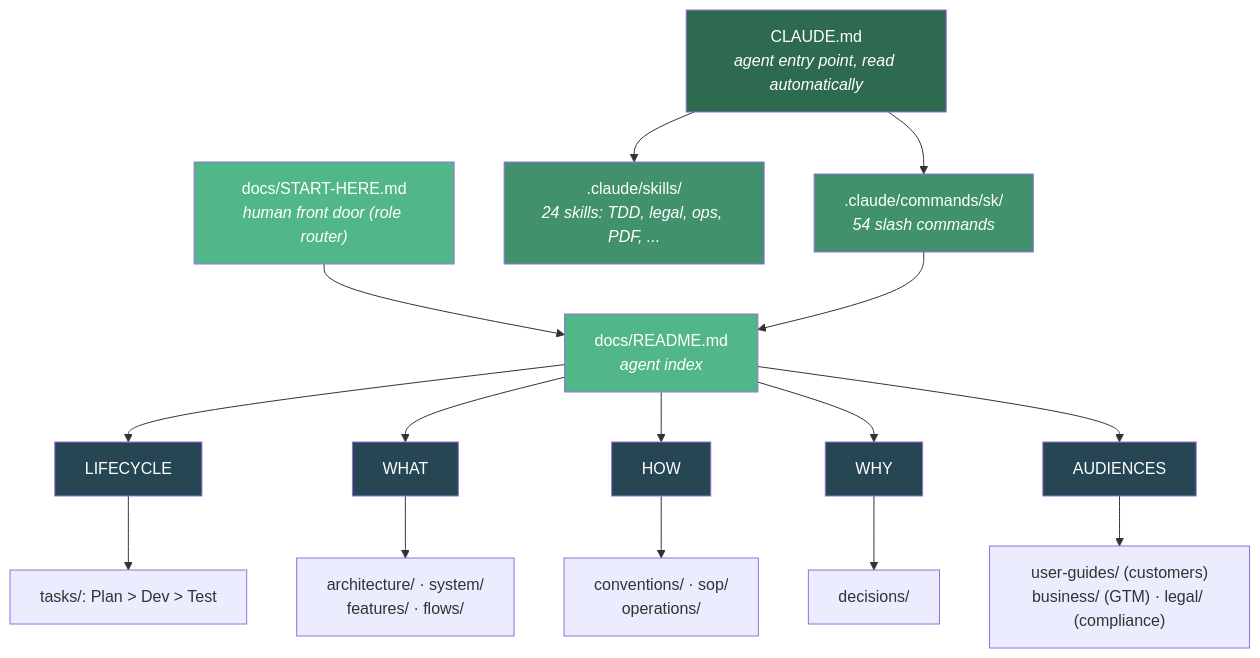
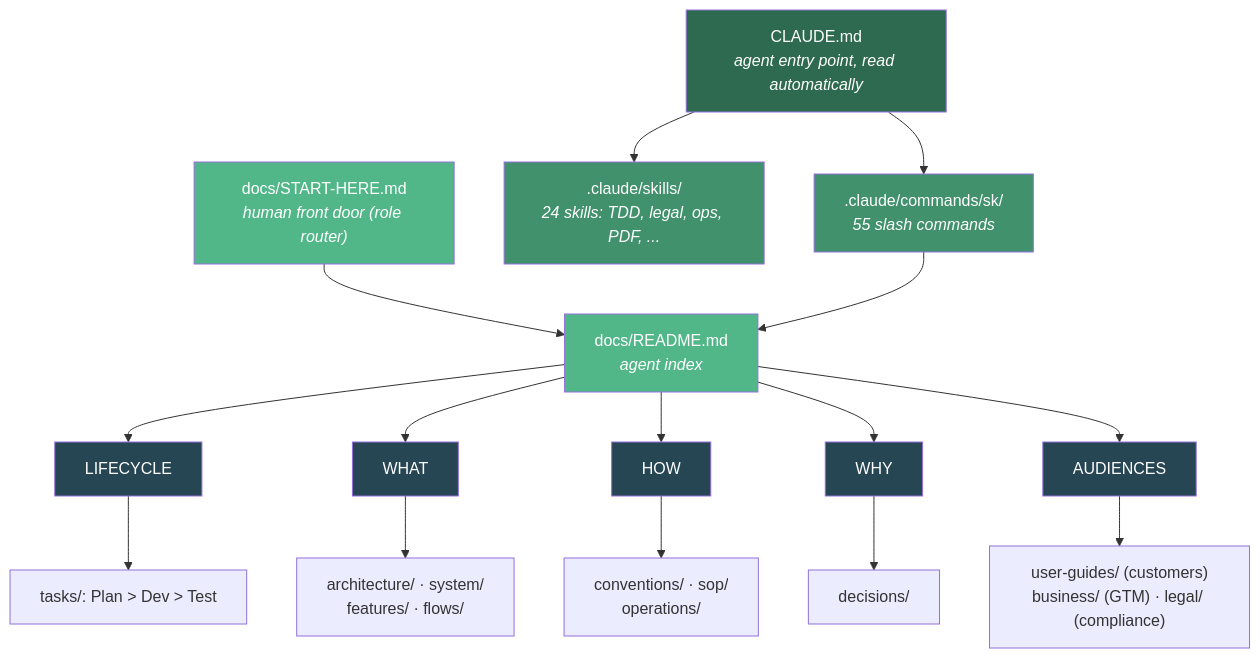
One commit to moniav/sk changed the diagram in assets/src/how-it-works.mmd. Above: the diagram before and after it, drawn with Mermaid. The commit also changed 26 other files, not shown here.

First line of the commit message:
feat(commands): /sk:scaffold creates docs/ and CLAUDE.md from inside the plugin

```diff
--- a/assets/src/how-it-works.mmd
+++ b/assets/src/how-it-works.mmd
@@ -1,28 +1,28 @@
 graph TD
-    A["CLAUDE.md<br/><i>agent entry point, read automatically</i>"] --> B[".claude/commands/sk/<br/><i>54 slash commands</i>"]
+    A["CLAUDE.md<br/><i>agent entry point, read automatically</i>"] --> B[".claude/commands/sk/<br/><i>55 slash commands</i>"]
     A --> B2[".claude/skills/<br/><i>24 skills: TDD, legal, ops, PDF, ...</i>"]
     SH["docs/START-HERE.md<br/><i>human front door (role router)</i>"] --> C
     B --> C["docs/README.md<br/><i>agent index</i>"]
 
     C --> D["LIFECYCLE"]
     C --> E["WHAT"]
     C --> G["HOW"]
     C --> F["WHY"]
     C --> H["AUDIENCES"]
 
     D --> D1["tasks/: Plan > Dev > Test"]
     E --> E1["architecture/ · system/<br/>features/ · flows/"]
     G --> G1["conventions/ · sop/<br/>operations/"]
     F --> F1["decisions/"]
     H --> H1["user-guides/ (customers)<br/>business/ (GTM) · legal/ (compliance)"]
 
     style A fill:#2d6a4f,color:#fff
     style B fill:#40916c,color:#fff
     style B2 fill:#40916c,color:#fff
     style SH fill:#52b788,color:#fff
     style C fill:#52b788,color:#fff
     style D fill:#264653,color:#fff
     style E fill:#264653,color:#fff
     style F fill:#264653,color:#fff
     style G fill:#264653,color:#fff
     style H fill:#264653,color:#fff
```
